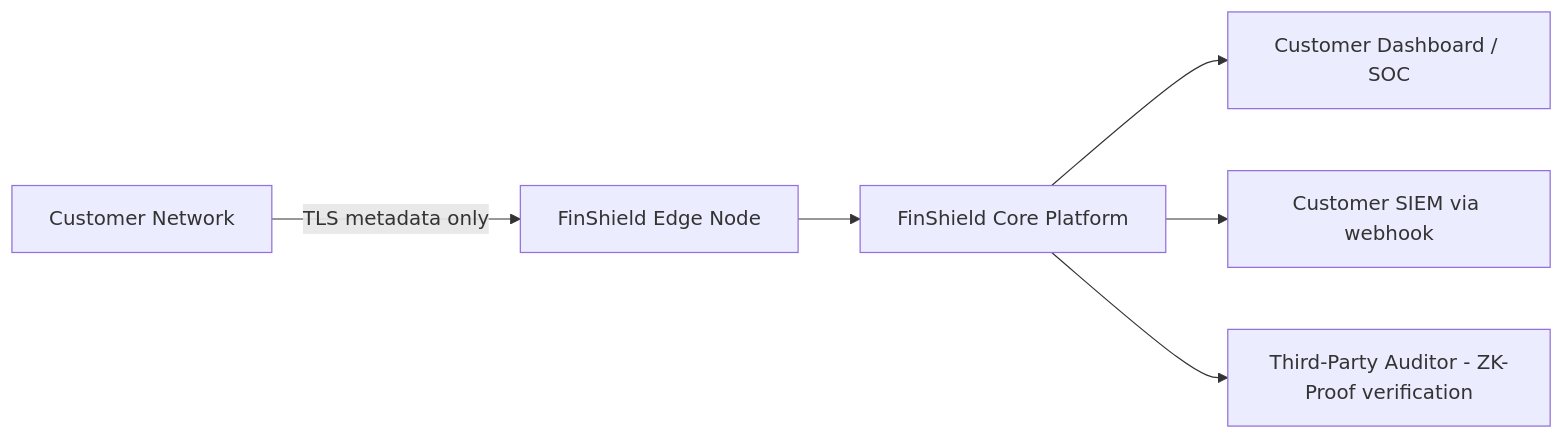
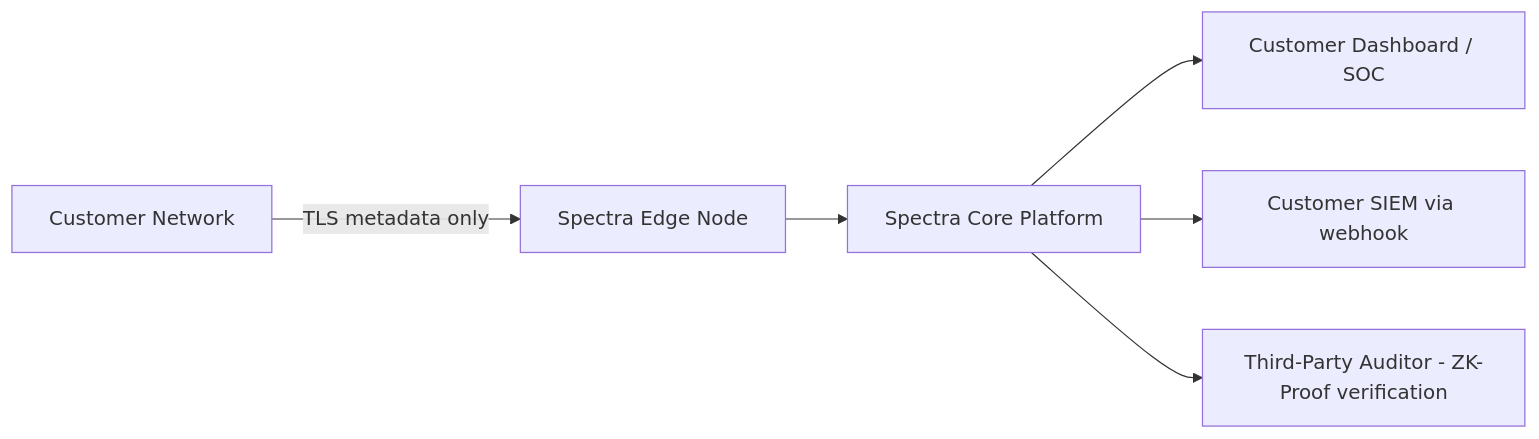
One commit to SaiChayank/Spectra changed the first of 2 diagrams in docs/04_high_level_architecture.md. Above: the diagram before and after it, drawn with Mermaid. The commit also changed other lines of this file and 49 other files, not shown here.

````diff
--- a/docs/04_high_level_architecture.md
+++ b/docs/04_high_level_architecture.md
@@ -19,8 +19,8 @@
 ```mermaid
 flowchart LR
-    Customer[Customer Network] -->|TLS metadata only| Edge[FinShield Edge Node]
-    Edge --> Core[FinShield Core Platform]
+    Customer[Customer Network] -->|TLS metadata only| Edge[Spectra Edge Node]
+    Edge --> Core[Spectra Core Platform]
     Core --> Dashboard[Customer Dashboard / SOC]
     Core --> SIEM[Customer SIEM via webhook]
     Core --> Auditor[Third-Party Auditor - ZK-Proof verification]
 ```
````
